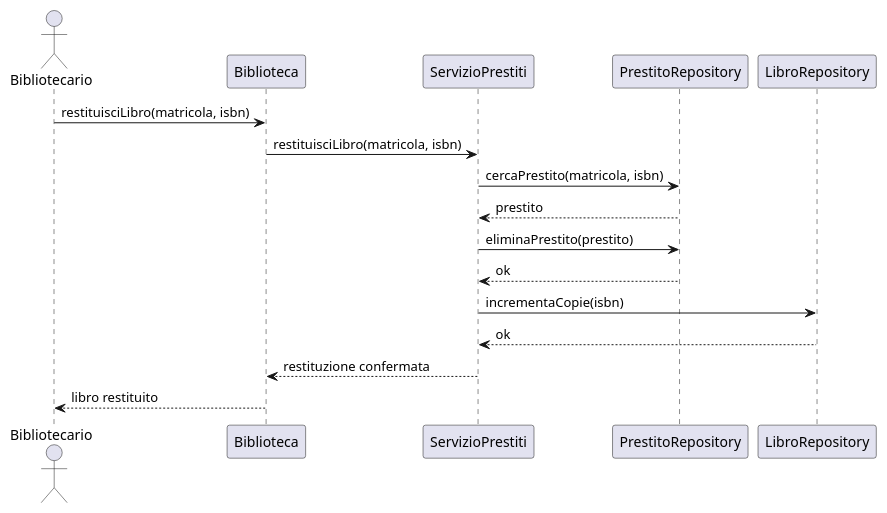
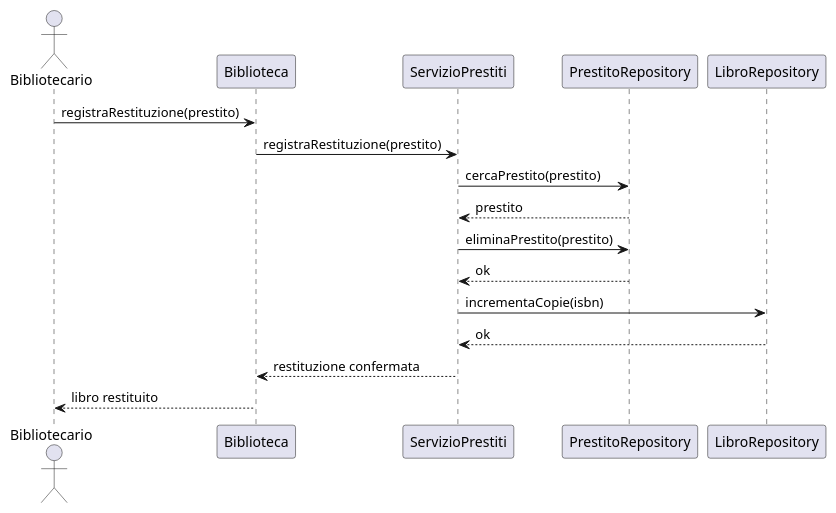
One commit to FreeWisp/BibliotecaIDS changed the diagram in Consegne/diagrammiSequenza/restituisciprestito.puml. Above: the diagram before and after it, drawn with PlantUML. The commit also changed 4 other files, not shown here.

```diff
--- a/Consegne/diagrammiSequenza/restituisciprestito.puml
+++ b/Consegne/diagrammiSequenza/restituisciprestito.puml
@@ -1,22 +1,22 @@
 @startuml
 actor Bibliotecario as UA
 participant Biblioteca as B
 participant ServizioPrestiti as PS
 participant PrestitoRepository as PR
 participant LibroRepository as LR
 
-UA -> B : restituisciLibro(matricola, isbn)
-B -> PS : restituisciLibro(matricola, isbn)
+UA -> B : registraRestituzione(prestito)
+B -> PS : registraRestituzione(prestito)
 
-PS -> PR : cercaPrestito(matricola, isbn)
+PS -> PR : cercaPrestito(prestito)
 PR --> PS : prestito
 
 PS -> PR : eliminaPrestito(prestito)
 PR --> PS : ok
 
 PS -> LR : incrementaCopie(isbn)
 LR --> PS : ok
 
 PS --> B : restituzione confermata
 B --> UA : libro restituito
 @enduml
```
